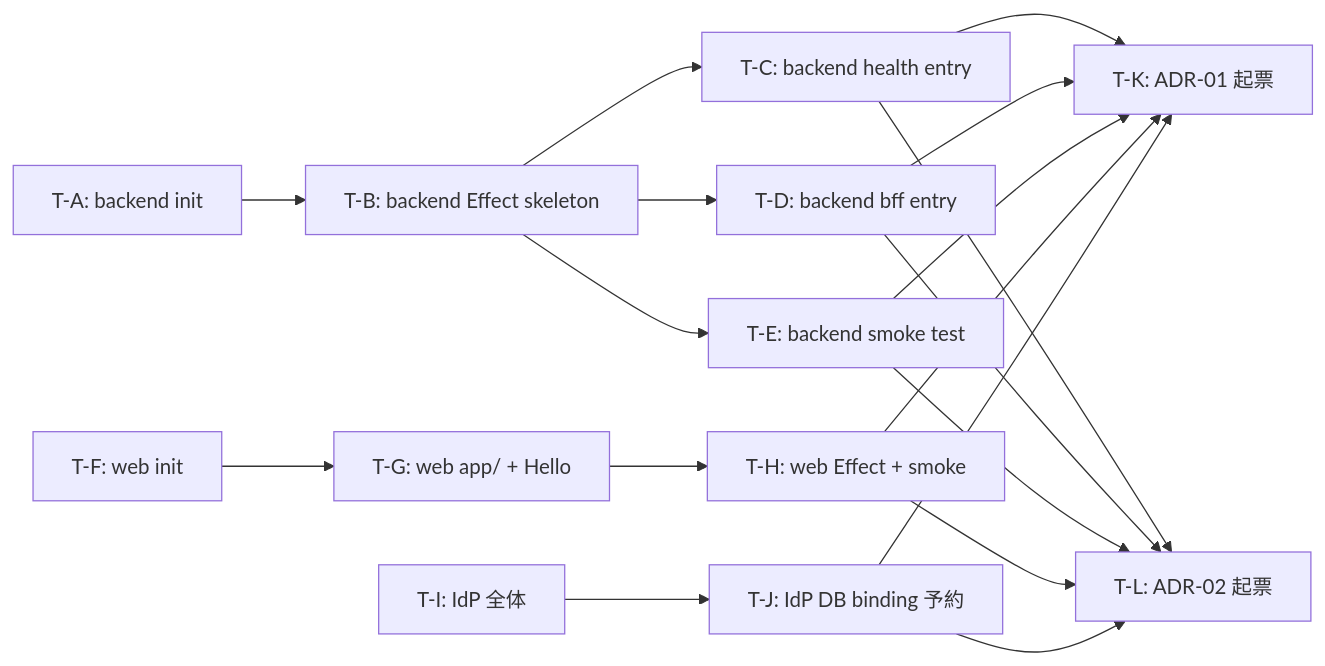
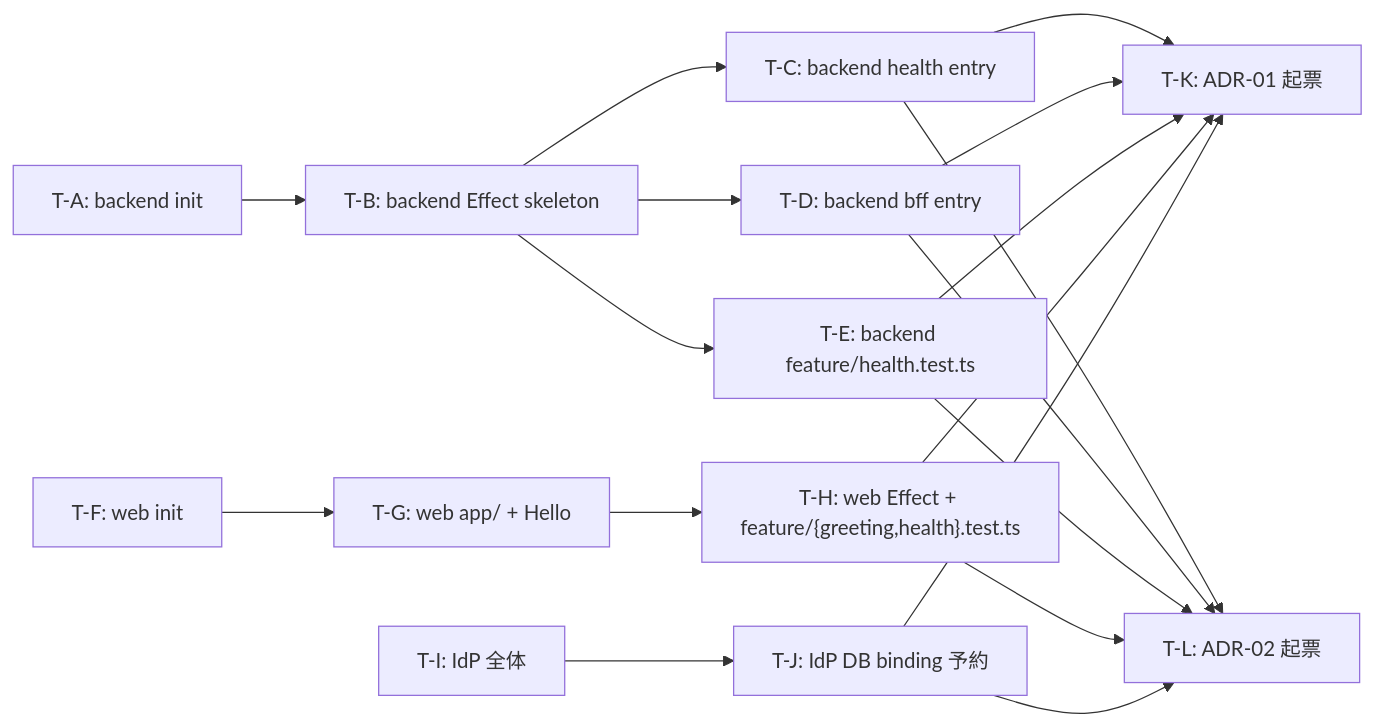
Before and after one commit to totto2727-org/monorepo: the diagram in docs/workflow/feed-platform-ms-01-workspace-foundation/task-plan.md, drawn with Mermaid. The commit also changed other lines of this file and 11 other files, not shown here.

````diff
--- a/docs/workflow/feed-platform-ms-01-workspace-foundation/task-plan.md
+++ b/docs/workflow/feed-platform-ms-01-workspace-foundation/task-plan.md
@@ -181,35 +183,35 @@
 ```mermaid
 graph LR
   TA["T-A: backend init"]
   TB["T-B: backend Effect skeleton"]
   TC["T-C: backend health entry"]
   TD["T-D: backend bff entry"]
-  TE["T-E: backend smoke test"]
+  TE["T-E: backend feature/health.test.ts"]
   TF["T-F: web init"]
   TG["T-G: web app/ + Hello"]
-  TH["T-H: web Effect + smoke"]
+  TH["T-H: web Effect + feature/{greeting,health}.test.ts"]
   TI["T-I: IdP 全体"]
   TJ["T-J: IdP DB binding 予約"]
   TK["T-K: ADR-01 起票"]
   TL["T-L: ADR-02 起票"]
 
   TA --> TB
   TB --> TC
   TB --> TD
   TB --> TE
   TC --> TK
   TD --> TK
   TE --> TK
   TC --> TL
   TD --> TL
   TE --> TL
 
   TF --> TG
   TG --> TH
   TH --> TK
   TH --> TL
 
   TI --> TJ
   TJ --> TK
   TJ --> TL
 ```
````
